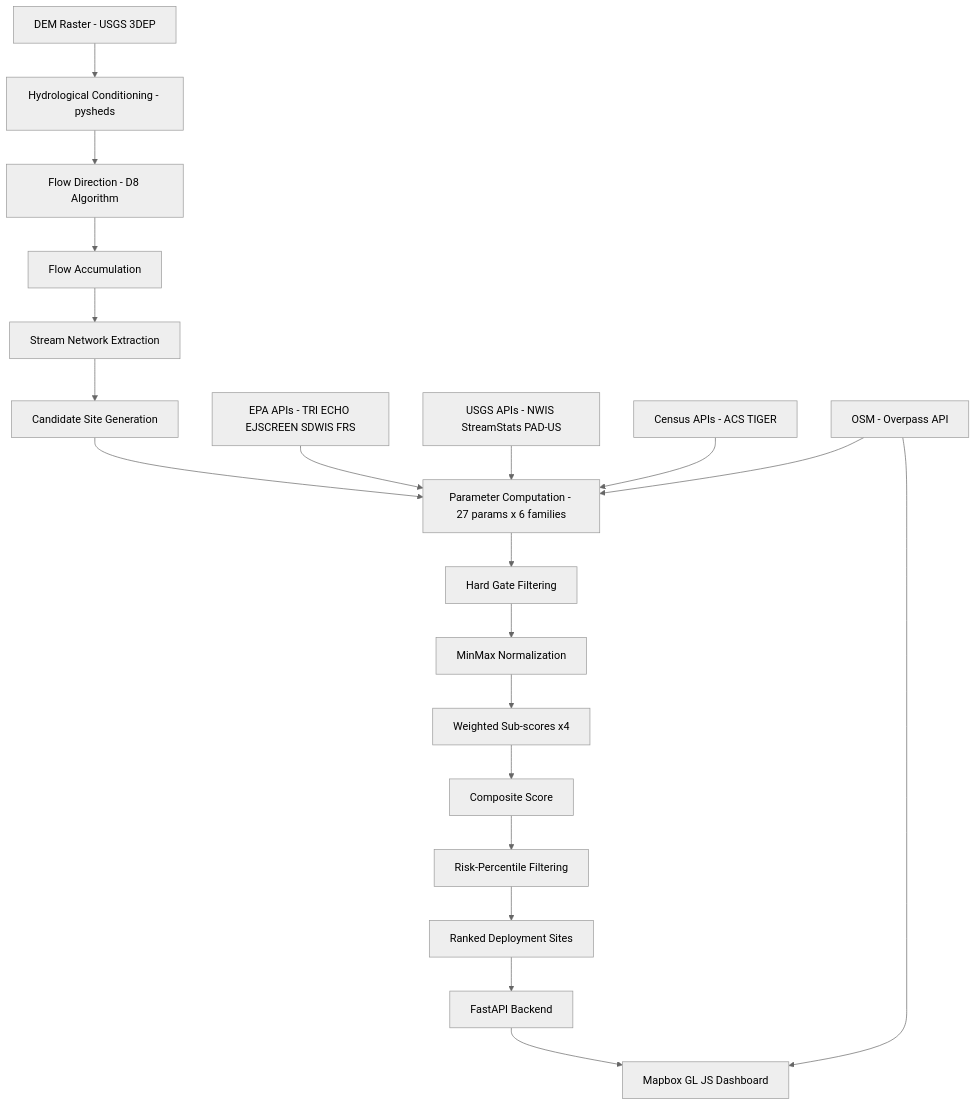
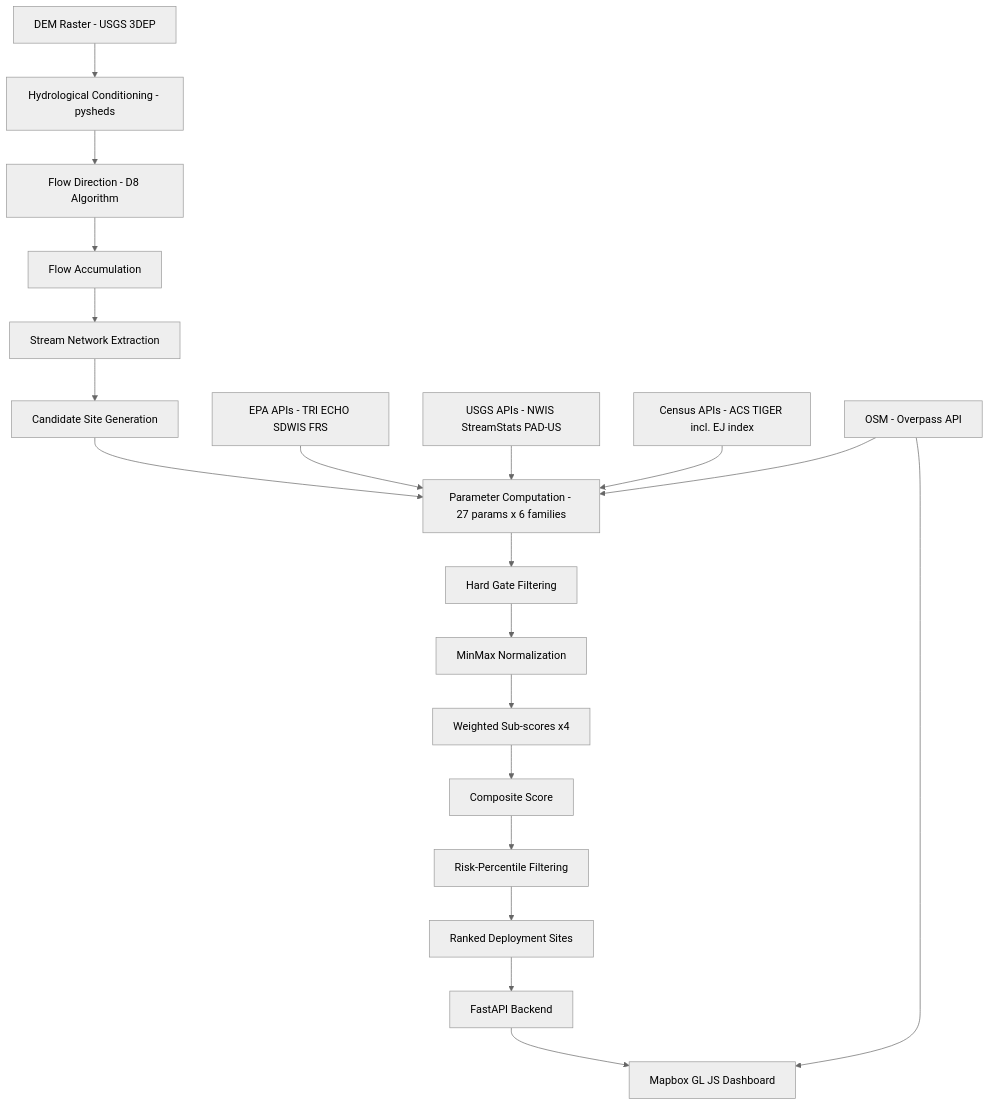
One commit to 1inandy/GRIME changed the diagram in README.md. Above: the diagram before and after it, drawn with Mermaid (neutral theme). The commit also changed other lines of this file and 12 other files, not shown here.

Commit message:
v2.0.2: EJ index rebuilt on Census ACS

````diff
--- a/README.md
+++ b/README.md
@@ -104,25 +104,25 @@
 ```mermaid
 graph TD
     A[DEM Raster - USGS 3DEP] --> B[Hydrological Conditioning - pysheds]
     B --> C[Flow Direction - D8 Algorithm]
     C --> D[Flow Accumulation]
     D --> E[Stream Network Extraction]
     E --> F[Candidate Site Generation]
 
-    G[EPA APIs - TRI ECHO EJSCREEN SDWIS FRS] --> H[Parameter Computation - 27 params x 6 families]
+    G[EPA APIs - TRI ECHO SDWIS FRS] --> H[Parameter Computation - 27 params x 6 families]
     I[USGS APIs - NWIS StreamStats PAD-US] --> H
-    J[Census APIs - ACS TIGER] --> H
+    J[Census APIs - ACS TIGER incl. EJ index] --> H
     K[OSM - Overpass API] --> H
     F --> H
 
     H --> L[Hard Gate Filtering]
     L --> M[MinMax Normalization]
     M --> N[Weighted Sub-scores x4]
     N --> O[Composite Score]
     O --> P[Risk-Percentile Filtering]
     P --> Q[Ranked Deployment Sites]
 
     Q --> R[FastAPI Backend]
     R --> S[Mapbox GL JS Dashboard]
     K --> S
 ```
````
